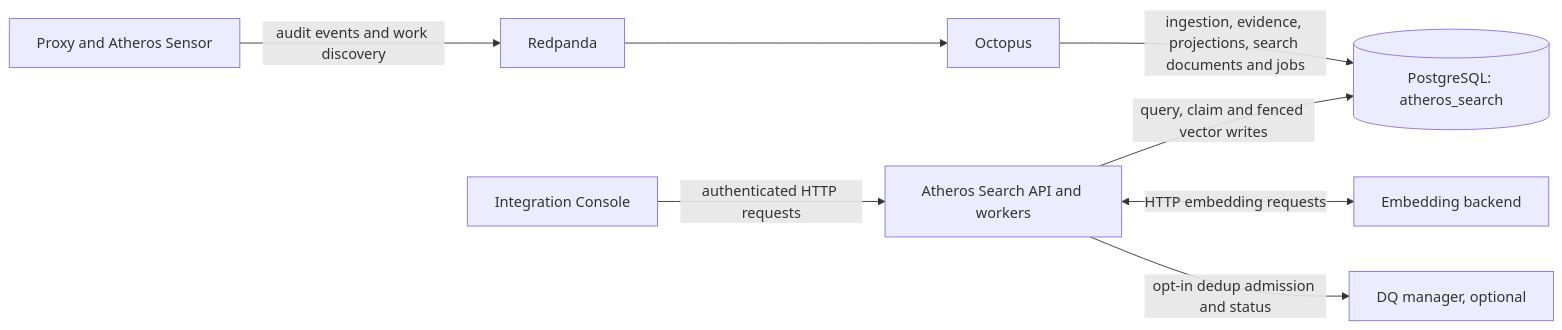
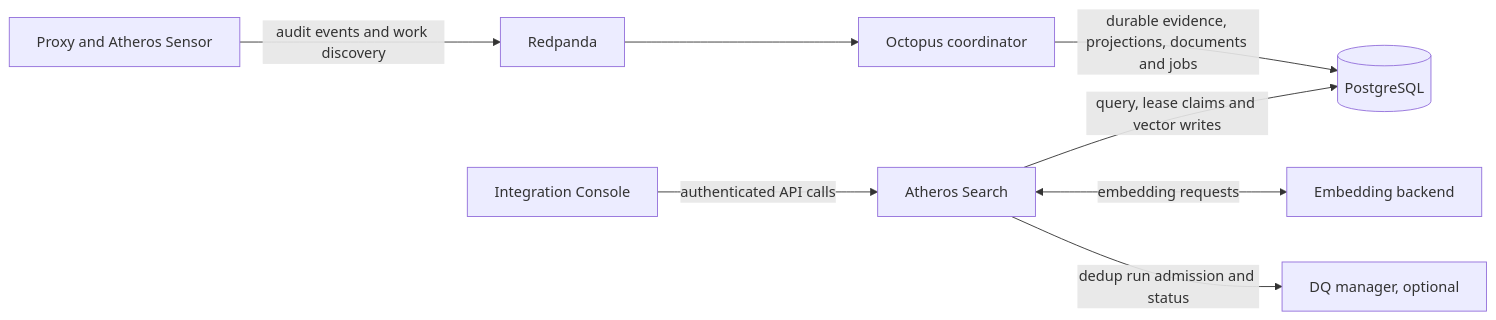
The diagram in README.md (zlovtnik/integration-console), drawn with Mermaid before and after one commit. The commit also changed other lines of this file and 2 other files, not shown here.

````diff
--- a/README.md
+++ b/README.md
@@ -33,19 +26,19 @@
 ```mermaid
 flowchart LR
     producers[Proxy and Atheros Sensor]
     broker[Redpanda]
-    octopus[Octopus]
-    database[(PostgreSQL: atheros_search)]
-    api[Atheros Search API and workers]
+    octopus[Octopus coordinator]
+    database[(PostgreSQL)]
+    search[Atheros Search]
     embeddings[Embedding backend]
     ui[Integration Console]
     dq[DQ manager, optional]
 
     producers -->|audit events and work discovery| broker
     broker --> octopus
-    octopus -->|ingestion, evidence, projections, search documents and jobs| database
-    api -->|query, claim and fenced vector writes| database
-    api <-->|HTTP embedding requests| embeddings
-    ui -->|authenticated HTTP requests| api
-    api -->|opt-in dedup admission and status| dq
+    octopus -->|durable evidence, projections, documents and jobs| database
+    search -->|query, lease claims and vector writes| database
+    search <-->|embedding requests| embeddings
+    ui -->|authenticated API calls| search
+    search -->|dedup run admission and status| dq
 ```
````
